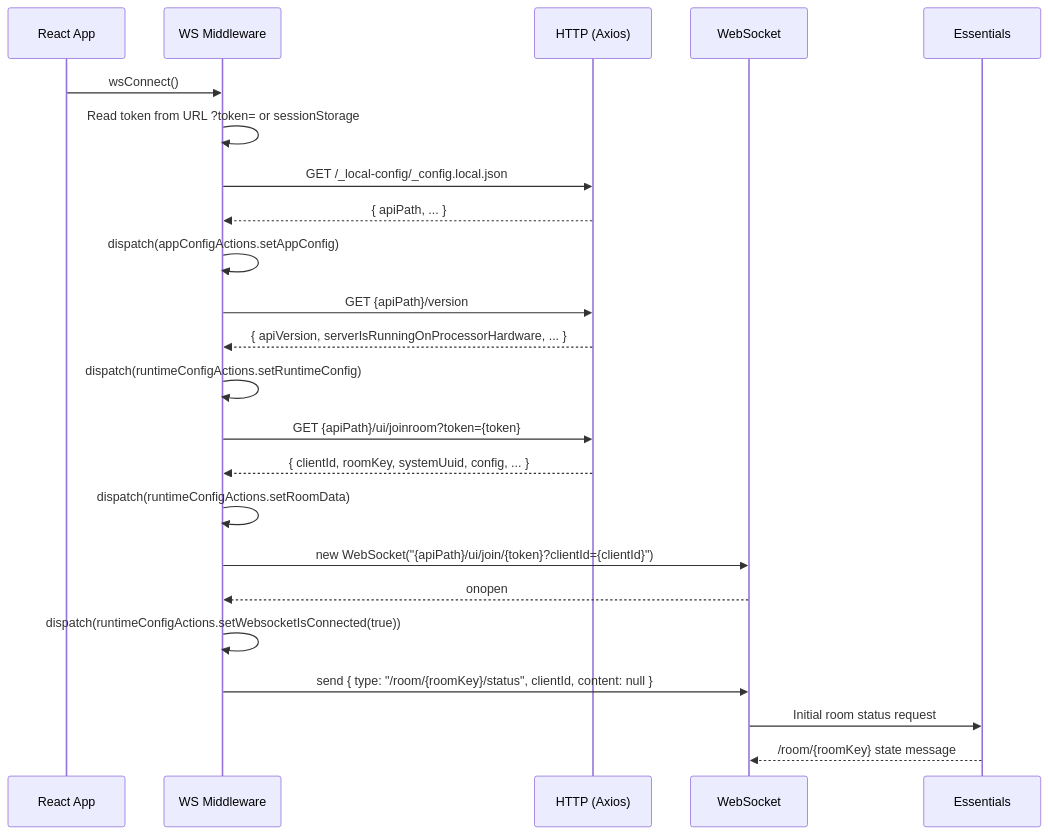
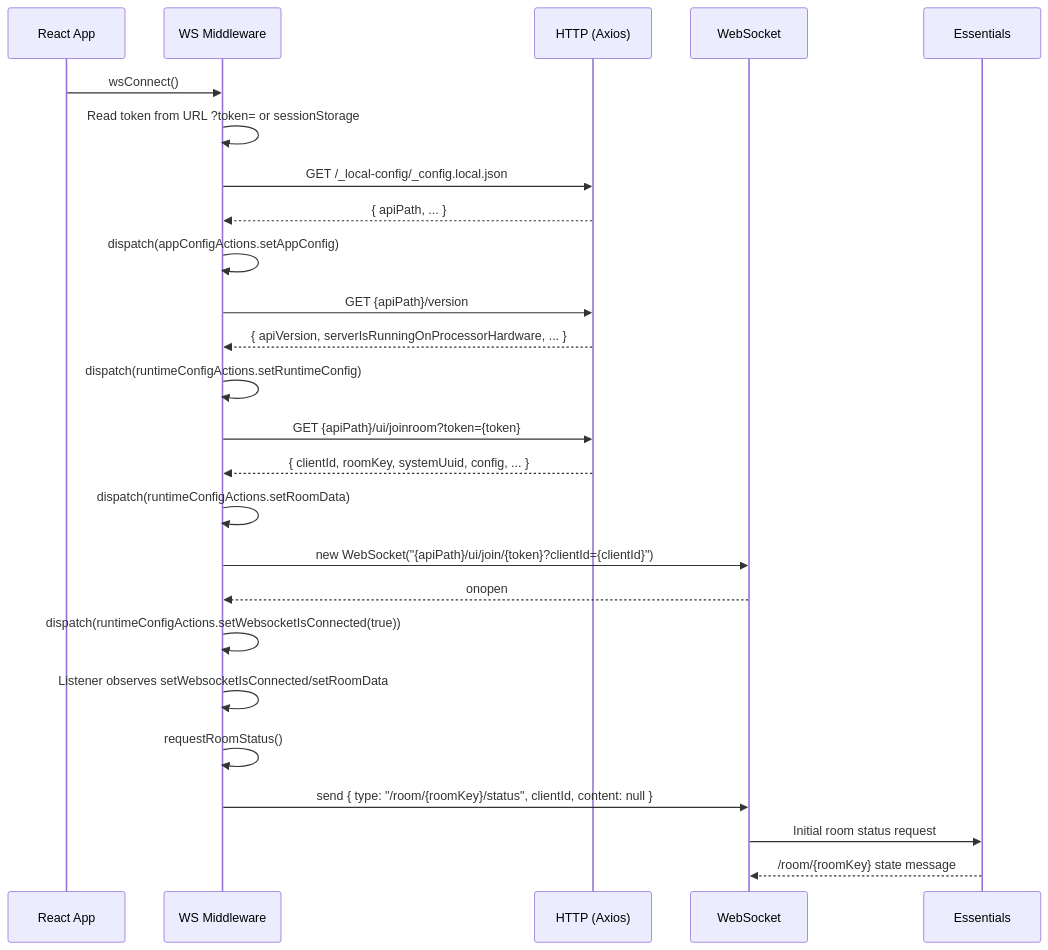
One commit to PepperDash/mobile-control-react-app-core changed the first of 2 diagrams in docs/action-paths-contributors.md. Above: the diagram before and after it, drawn with Mermaid. The commit also changed other lines of this file and 4 other files, not shown here.

````diff
--- a/docs/action-paths-contributors.md
+++ b/docs/action-paths-contributors.md
@@ -48,26 +48,28 @@
 ```mermaid
 sequenceDiagram
     participant App as React App
     participant MW as WS Middleware
     participant HTTP as HTTP (Axios)
     participant WS as WebSocket
     participant ES as Essentials
 
     App->>MW: wsConnect()
     MW->>MW: Read token from URL ?token= or sessionStorage
     MW->>HTTP: GET /_local-config/_config.local.json
     HTTP-->>MW: { apiPath, ... }
     MW->>MW: dispatch(appConfigActions.setAppConfig)
     MW->>HTTP: GET {apiPath}/version
     HTTP-->>MW: { apiVersion, serverIsRunningOnProcessorHardware, ... }
     MW->>MW: dispatch(runtimeConfigActions.setRuntimeConfig)
     MW->>HTTP: GET {apiPath}/ui/joinroom?token={token}
     HTTP-->>MW: { clientId, roomKey, systemUuid, config, ... }
     MW->>MW: dispatch(runtimeConfigActions.setRoomData)
     MW->>WS: new WebSocket("{apiPath}/ui/join/{token}?clientId={clientId}")
     WS-->>MW: onopen
     MW->>MW: dispatch(runtimeConfigActions.setWebsocketIsConnected(true))
+    MW->>MW: Listener observes setWebsocketIsConnected/setRoomData
+    MW->>MW: requestRoomStatus()
     MW->>WS: send { type: "/room/{roomKey}/status", clientId, content: null }
     WS->>ES: Initial room status request
     ES-->>WS: /room/{roomKey} state message
 ```
````
